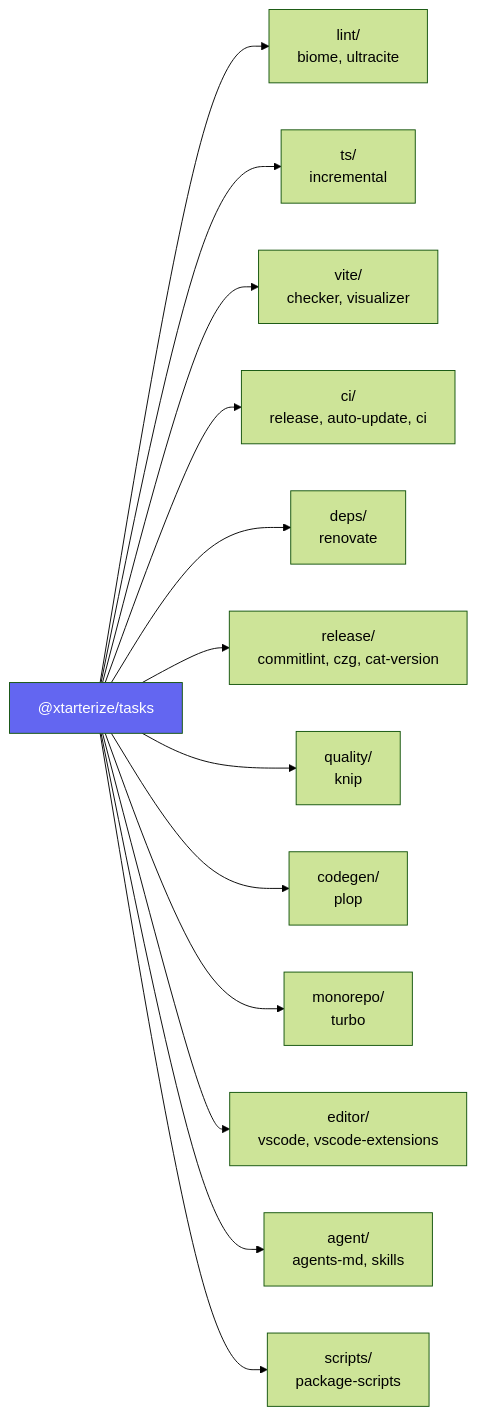
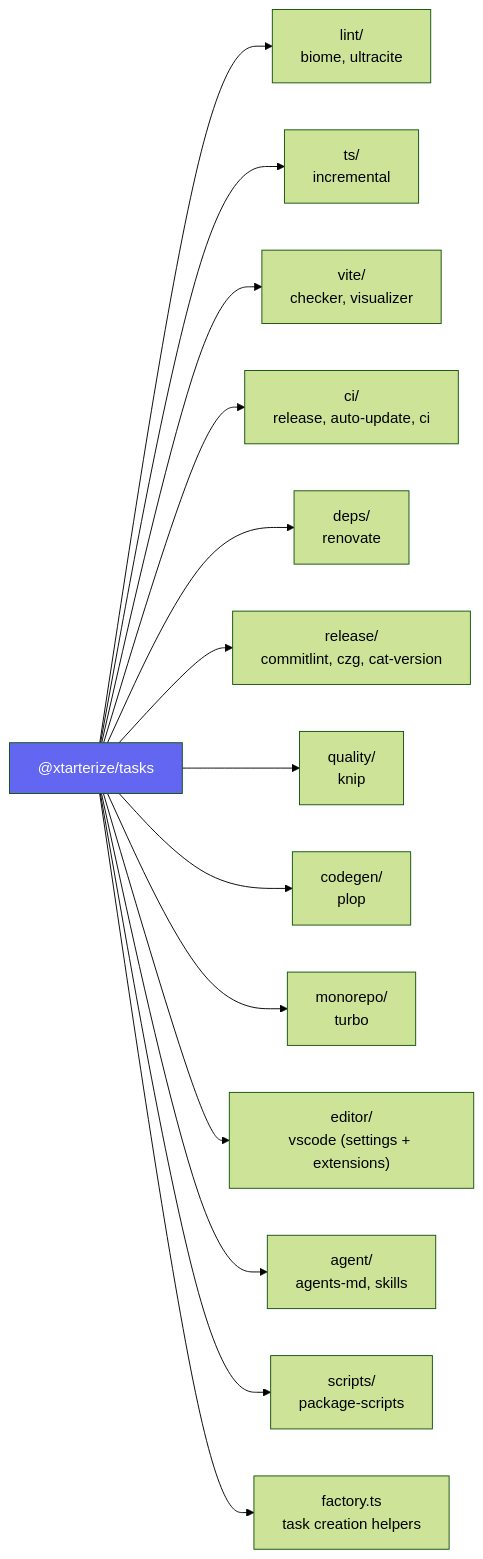
Before and after one commit to agustinusnathaniel/xtarterize: the fourth of 4 diagrams in apps/docs/src/content/docs/contributing/architecture/overview.mdx, drawn with Mermaid (forest theme). The commit also changed other lines of this file and 5 other files, not shown here.

First line of the commit message:
docs: update documentation to reflect task factory, simplified backup, and merged vscode task

````diff
--- a/apps/docs/src/content/docs/contributing/architecture/overview.mdx
+++ b/apps/docs/src/content/docs/contributing/architecture/overview.mdx
@@ -103,17 +105,18 @@
 ```mermaid
 flowchart LR
     Tasks["@xtarterize/tasks"] --> Lint["lint/<br/>biome, ultracite"]
     Tasks --> TS["ts/<br/>incremental"]
     Tasks --> Vite["vite/<br/>checker, visualizer"]
     Tasks --> CI["ci/<br/>release, auto-update, ci"]
     Tasks --> Deps["deps/<br/>renovate"]
     Tasks --> Release["release/<br/>commitlint, czg, cat-version"]
     Tasks --> Quality["quality/<br/>knip"]
     Tasks --> Codegen["codegen/<br/>plop"]
     Tasks --> Monorepo["monorepo/<br/>turbo"]
-    Tasks --> Editor["editor/<br/>vscode, vscode-extensions"]
+    Tasks --> Editor["editor/<br/>vscode (settings + extensions)"]
     Tasks --> Agent["agent/<br/>agents-md, skills"]
     Tasks --> Scripts["scripts/<br/>package-scripts"]
+    Tasks --> Factory["factory.ts<br/>task creation helpers"]
     
     style Tasks fill:#6366f1,color:#fff
 ```
````
